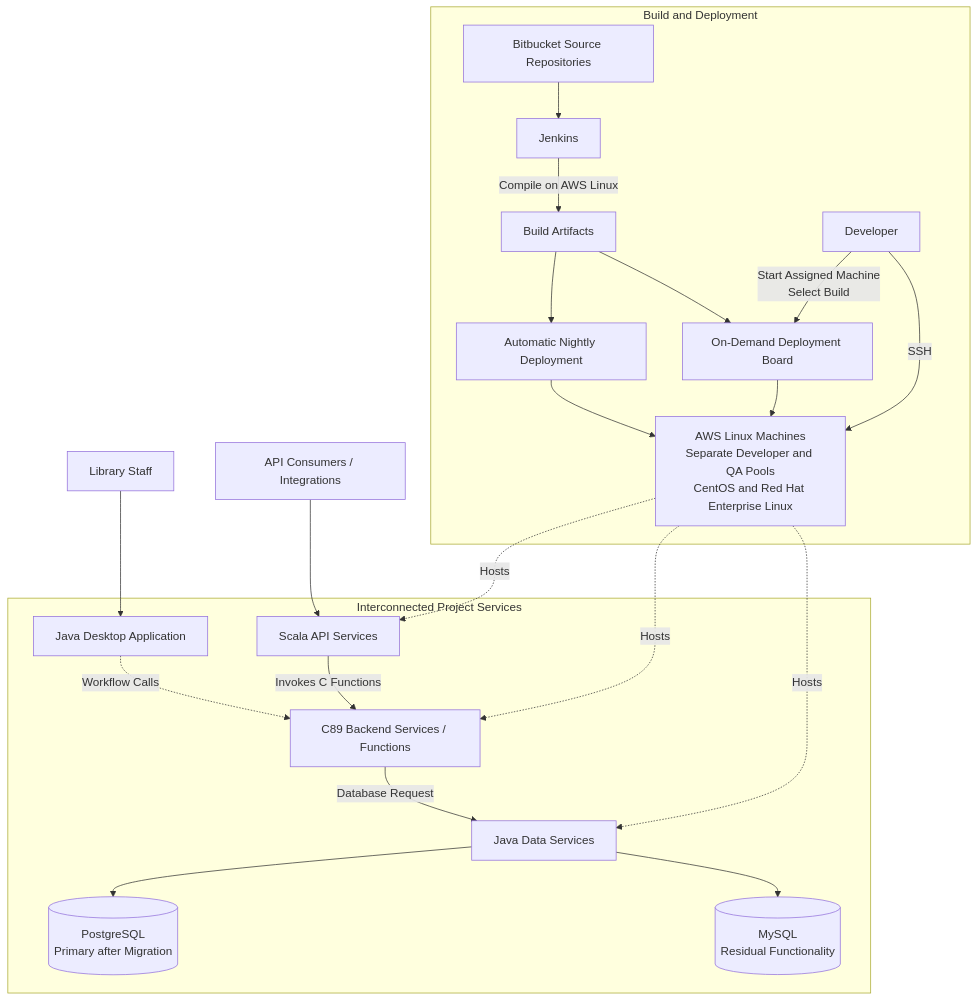
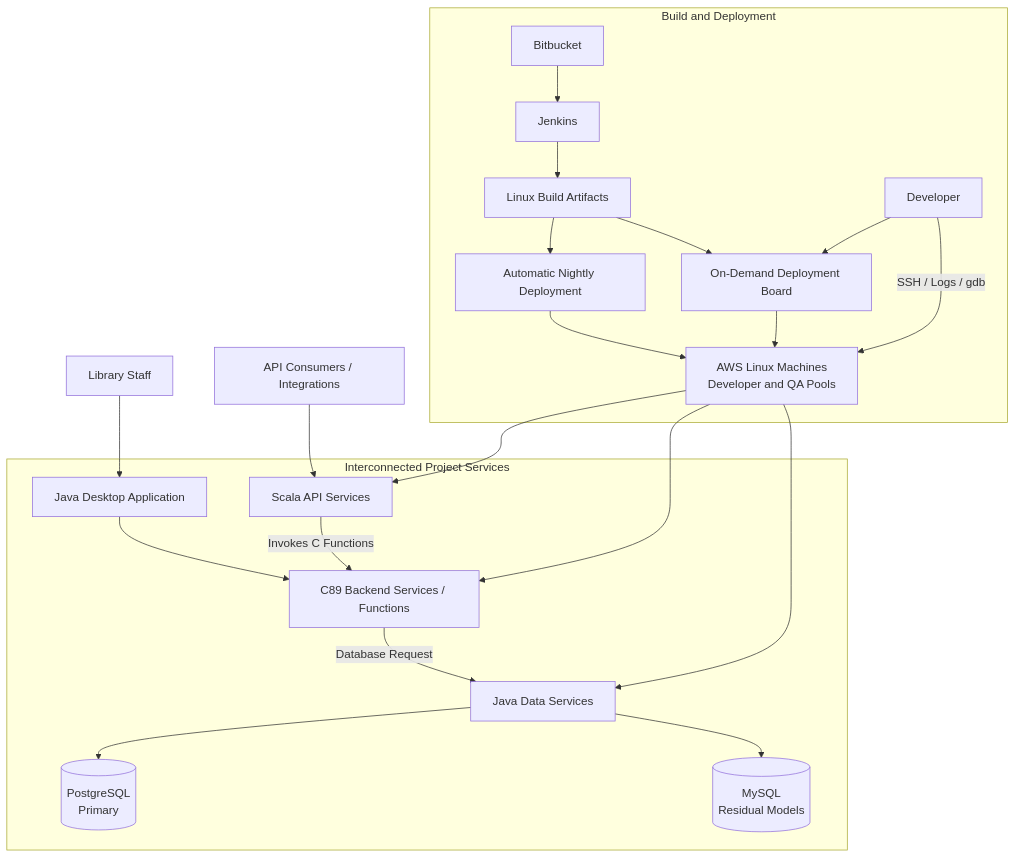
Before and after one commit to aliaksei-ivanou-by/Summary: the diagram in Interview/2022-2024. Sierra Integrated Library System.md, drawn with Mermaid. The commit also changed other lines of this file, not shown here.

````diff
--- a/Interview/2022-2024. Sierra Integrated Library System.md
+++ b/Interview/2022-2024. Sierra Integrated Library System.md
@@ -139,28 +126,28 @@
 ```mermaid
 flowchart TB
     Staff[Library Staff] --> Desktop[Java Desktop Application]
     Consumers[API Consumers / Integrations] --> API[Scala API Services]
 
     subgraph Runtime[Interconnected Project Services]
-        Desktop -.->|Workflow Calls| Backend[C89 Backend Services / Functions]
+        Desktop --> Backend[C89 Backend Services / Functions]
         API -->|Invokes C Functions| Backend
         Backend -->|Database Request| DataServices[Java Data Services]
-        DataServices --> PostgreSQL[(PostgreSQL<br/>Primary after Migration)]
-        DataServices --> MySQL[(MySQL<br/>Residual Functionality)]
+        DataServices --> PostgreSQL[(PostgreSQL<br/>Primary)]
+        DataServices --> MySQL[(MySQL<br/>Residual Models)]
     end
 
     subgraph Delivery[Build and Deployment]
-        Bitbucket[Bitbucket Source Repositories] --> Jenkins[Jenkins]
-        Jenkins -->|Compile on AWS Linux| Artifacts[Build Artifacts]
+        Bitbucket[Bitbucket] --> Jenkins[Jenkins]
+        Jenkins --> Artifacts[Linux Build Artifacts]
         Artifacts --> Nightly[Automatic Nightly Deployment]
         Artifacts --> Board[On-Demand Deployment Board]
-        Developer[Developer] -->|Start Assigned Machine<br/>Select Build| Board
-        Nightly --> AWS[AWS Linux Machines<br/>Separate Developer and QA Pools<br/>CentOS and Red Hat Enterprise Linux]
+        Developer[Developer] --> Board
+        Nightly --> AWS[AWS Linux Machines<br/>Developer and QA Pools]
         Board --> AWS
-        Developer -->|SSH| AWS
+        Developer -->|SSH / Logs / gdb| AWS
     end
 
-    AWS -.->|Hosts| Backend
-    AWS -.->|Hosts| API
-    AWS -.->|Hosts| DataServices
+    AWS --> Backend
+    AWS --> API
+    AWS --> DataServices
 ```
````
